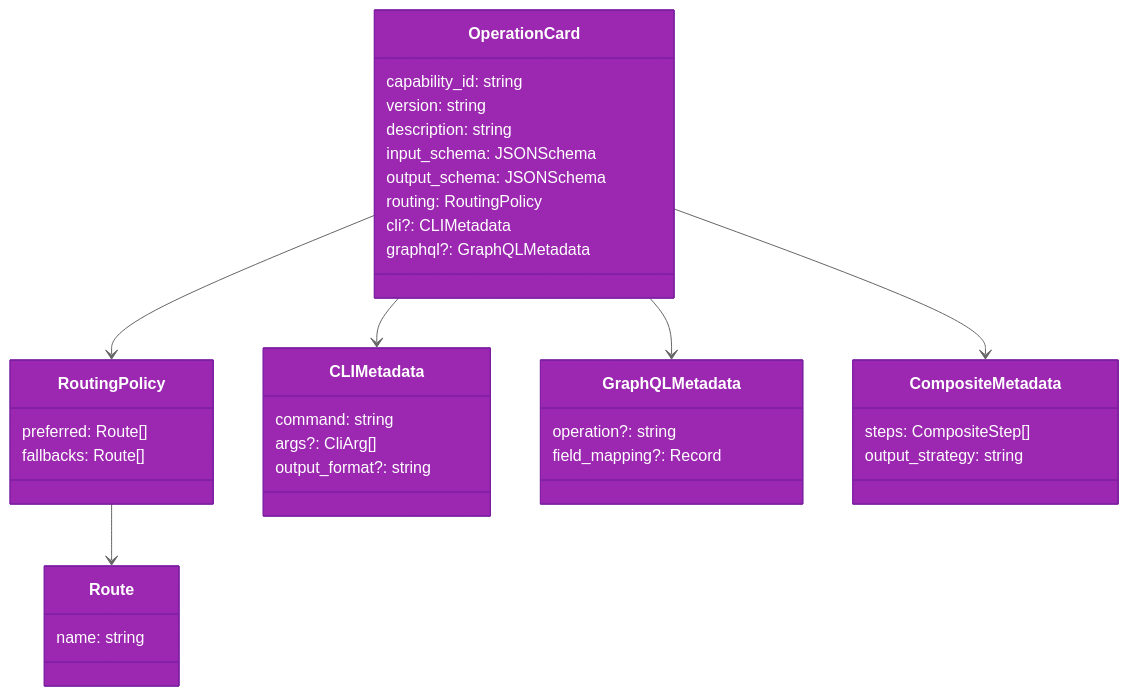
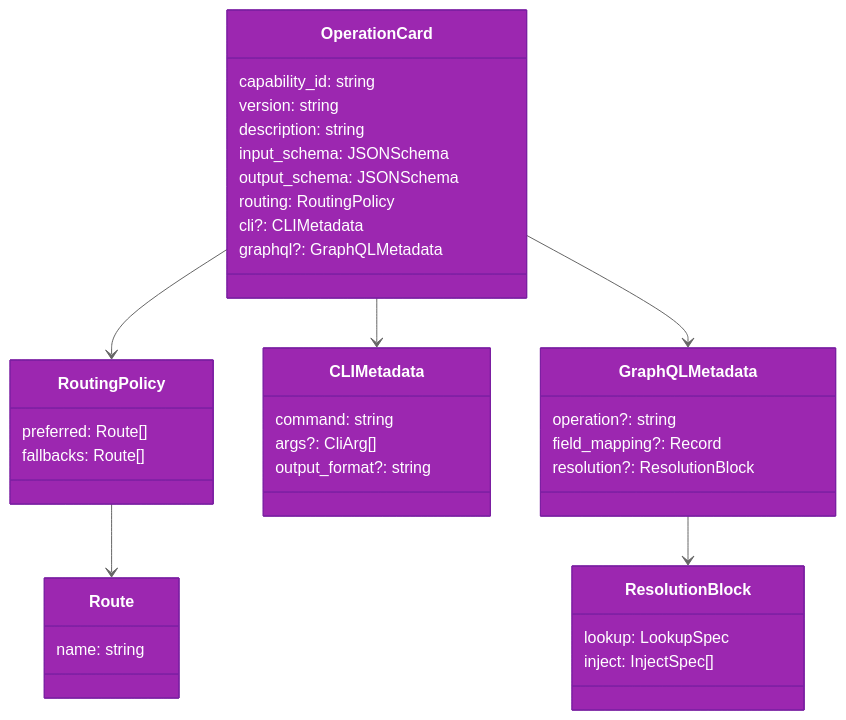
Before and after one commit to aryeko/ghx: the diagram in docs/architecture/operation-cards.md, drawn with Mermaid. The commit also changed other lines of this file and 16 other files, not shown here.

````diff
--- a/docs/architecture/operation-cards.md
+++ b/docs/architecture/operation-cards.md
@@ -7,45 +7,46 @@
 ```mermaid
 %%{init: {'theme': 'base', 'themeVariables': {'primaryColor': '#9C27B0', 'primaryTextColor': '#fff', 'primaryBorderColor': '#7B1FA2', 'lineColor': '#666', 'secondaryColor': '#CE93D8', 'tertiaryColor': '#E1BEE7'}}}%%
 classDiagram
     class OperationCard {
         capability_id: string
         version: string
         description: string
         input_schema: JSONSchema
         output_schema: JSONSchema
         routing: RoutingPolicy
         cli?: CLIMetadata
         graphql?: GraphQLMetadata
     }
 
     class RoutingPolicy {
         preferred: Route[]
         fallbacks: Route[]
     }
 
     class CLIMetadata {
         command: string
         args?: CliArg[]
         output_format?: string
     }
 
     class GraphQLMetadata {
         operation?: string
         field_mapping?: Record
+        resolution?: ResolutionBlock
     }
 
-    class CompositeMetadata {
-        steps: CompositeStep[]
-        output_strategy: string
+    class ResolutionBlock {
+        lookup: LookupSpec
+        inject: InjectSpec[]
     }
 
     class Route {
         name: string
     }
 
     OperationCard --> RoutingPolicy
     OperationCard --> CLIMetadata
     OperationCard --> GraphQLMetadata
-    OperationCard --> CompositeMetadata
+    GraphQLMetadata --> ResolutionBlock
     RoutingPolicy --> Route
 ```
````
